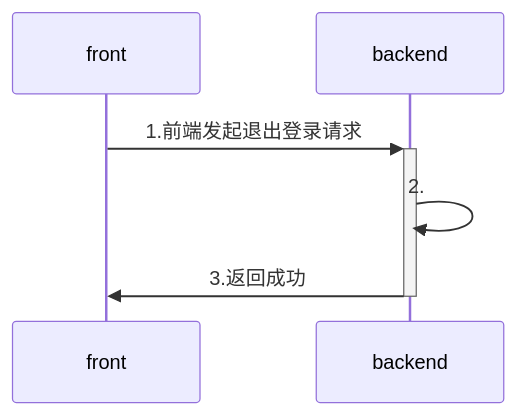
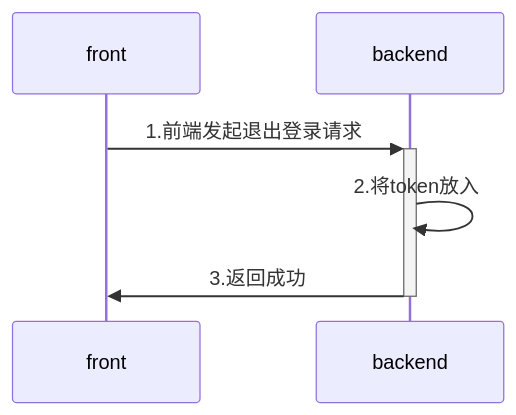
Before and after one commit to yingjianzh/iodraw-files: the diagram in all/未命名-4.md, drawn with Mermaid.

Commit message:
2024-08-05 11:21:14 update

````diff
--- a/all/未命名-4.md
+++ b/all/未命名-4.md
@@ -1,7 +1,7 @@
 ```mermaid
 sequenceDiagram
     front->>+backend: 1.前端发起退出登录请求
-    backend->>backend: 2.
+    backend->>backend: 2.将token放入
     backend->>-front: 3.返回成功
    
 ```
````
